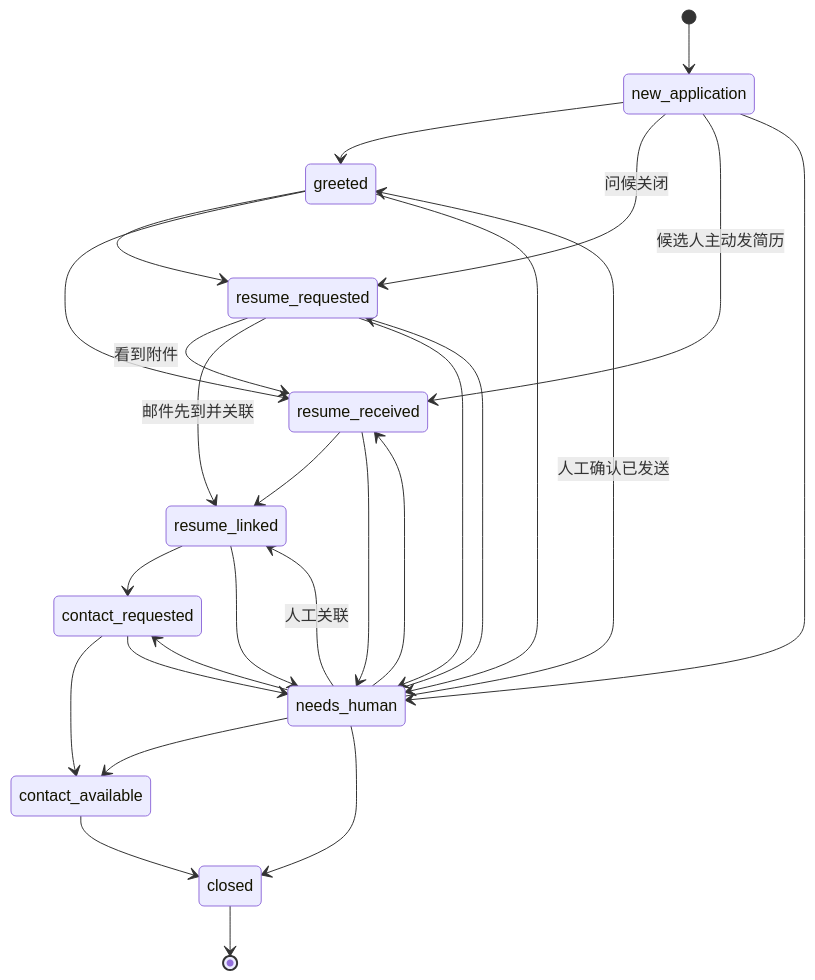
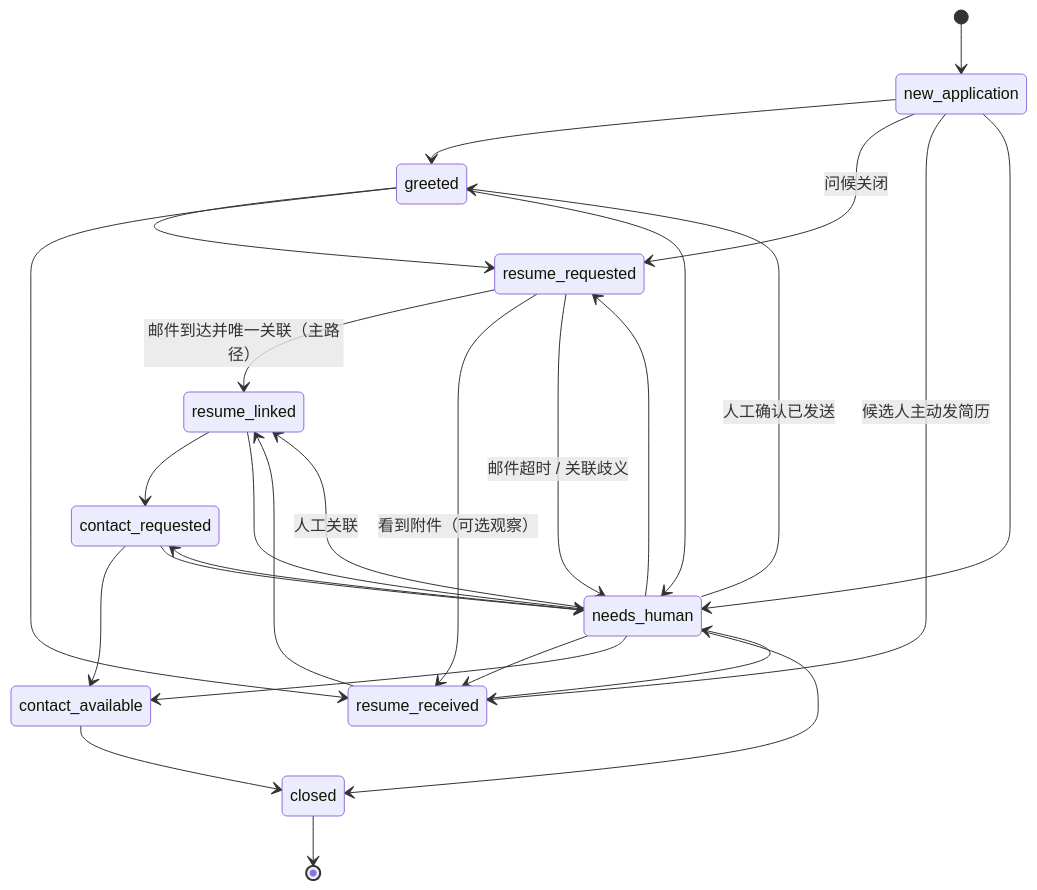
One commit to szrunworld/2ndscreen changed the first of 4 diagrams in docs/monitor/contracts.md. Above: the diagram before and after it, drawn with Mermaid. The commit also changed other lines of this file and 60 other files, not shown here.

````diff
--- a/docs/monitor/contracts.md
+++ b/docs/monitor/contracts.md
@@ -176,29 +228,29 @@
 ```mermaid
 stateDiagram-v2
     [*] --> new_application
     new_application --> greeted
     new_application --> resume_requested: 问候关闭
     new_application --> resume_received: 候选人主动发简历
     greeted --> resume_requested
     greeted --> resume_received
-    resume_requested --> resume_received: 看到附件
-    resume_requested --> resume_linked: 邮件先到并关联
+    resume_requested --> resume_linked: 邮件到达并唯一关联（主路径）
+    resume_requested --> resume_received: 看到附件（可选观察）
     resume_received --> resume_linked
     resume_linked --> contact_requested
     contact_requested --> contact_available
     contact_available --> closed
     new_application --> needs_human
     greeted --> needs_human
-    resume_requested --> needs_human
+    resume_requested --> needs_human: 邮件超时 / 关联歧义
     resume_received --> needs_human
     resume_linked --> needs_human
     contact_requested --> needs_human
     needs_human --> greeted: 人工确认已发送
     needs_human --> resume_requested
     needs_human --> resume_received
     needs_human --> resume_linked: 人工关联
     needs_human --> contact_requested
     needs_human --> contact_available
     needs_human --> closed
     closed --> [*]
 ```
````
